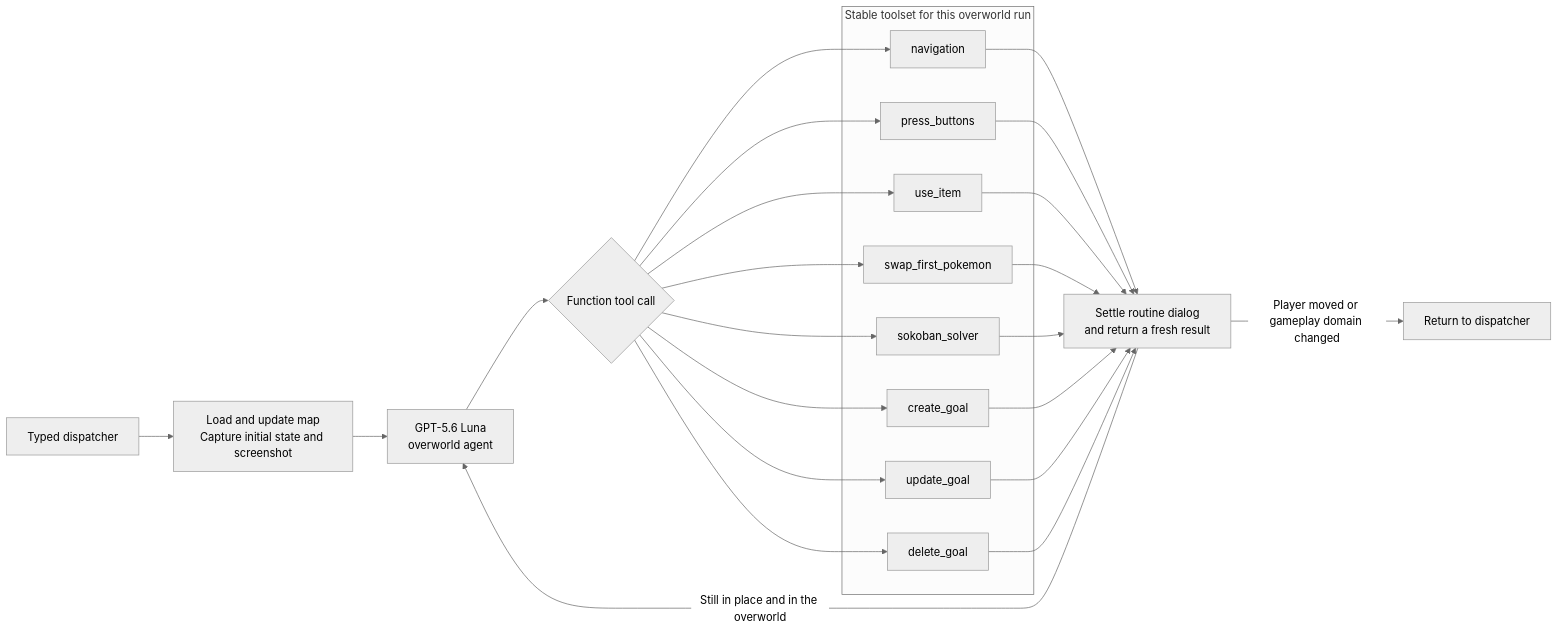
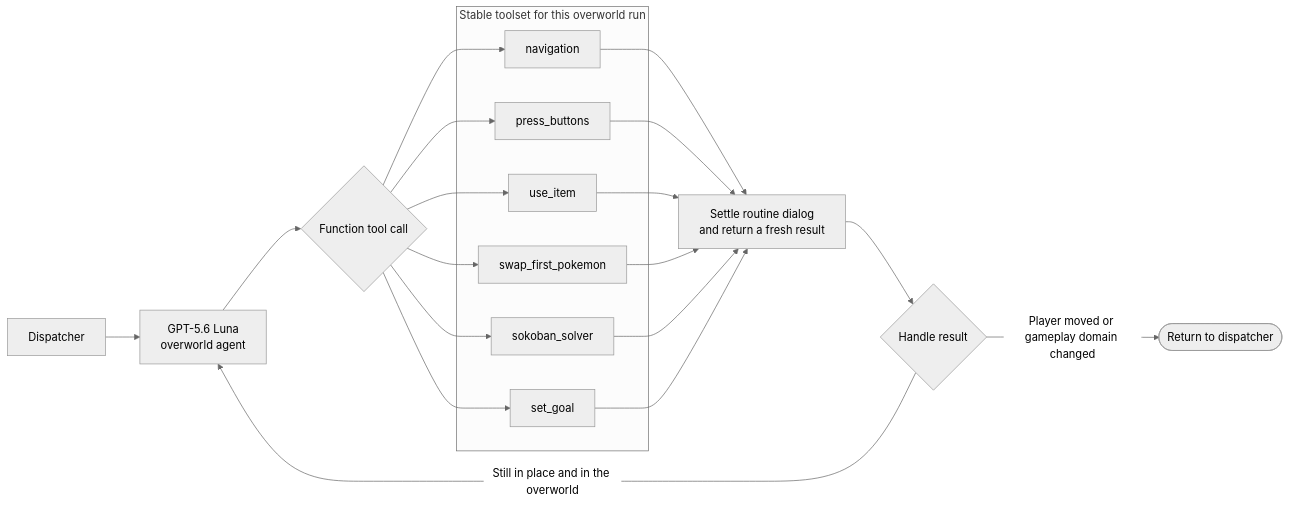
Before and after one commit to clambro/ai-plays-pokemon: the second of 4 diagrams in docs/workflow.md, drawn with Mermaid (neutral theme). The commit also changed other lines of this file and 26 other files, not shown here.

````diff
--- a/docs/workflow.md
+++ b/docs/workflow.md
@@ -51,38 +35,32 @@
 ```mermaid
 flowchart LR
-    dispatch["Typed dispatcher"] --> prepare["Load and update map<br/>Capture initial state and screenshot"]
-    prepare --> agent["GPT-5.6 Luna<br/>overworld agent"]
+    dispatch["Dispatcher"] --> agent["GPT-5.6 Luna<br/>overworld agent"]
     agent --> choice{"Function tool call"}
 
     subgraph toolset["Stable toolset for this overworld run"]
         navigate["navigation"]
         buttons["press_buttons"]
         item["use_item"]
         swap["swap_first_pokemon"]
         sokoban["sokoban_solver"]
-        create_goal["create_goal"]
-        update_goal["update_goal"]
-        delete_goal["delete_goal"]
+        set_goal["set_goal"]
     end
 
     choice --> navigate
     choice --> buttons
     choice --> item
     choice --> swap
     choice --> sokoban
-    choice --> create_goal
-    choice --> update_goal
-    choice --> delete_goal
+    choice --> set_goal
 
-    navigate --> observe["Settle routine dialog<br/>and return a fresh result"]
-    buttons --> observe
-    item --> observe
-    swap --> observe
-    sokoban --> observe
-    create_goal --> observe
-    update_goal --> observe
-    delete_goal --> observe
+    navigate --> settle["Settle routine dialog<br/>and return a fresh result"]
+    buttons --> settle
+    item --> settle
+    swap --> settle
+    sokoban --> settle
+    set_goal --> settle
 
-    observe -->|"Still in place and in the overworld"| agent
-    observe -->|"Player moved or gameplay domain changed"| finish["Return to dispatcher"]
+    settle --> continue{"Handle result"}
+    continue -->|"Still in place and in the overworld"| agent
+    continue -->|"Player moved or gameplay domain changed"| finish(["Return to dispatcher"])
 ```
````
